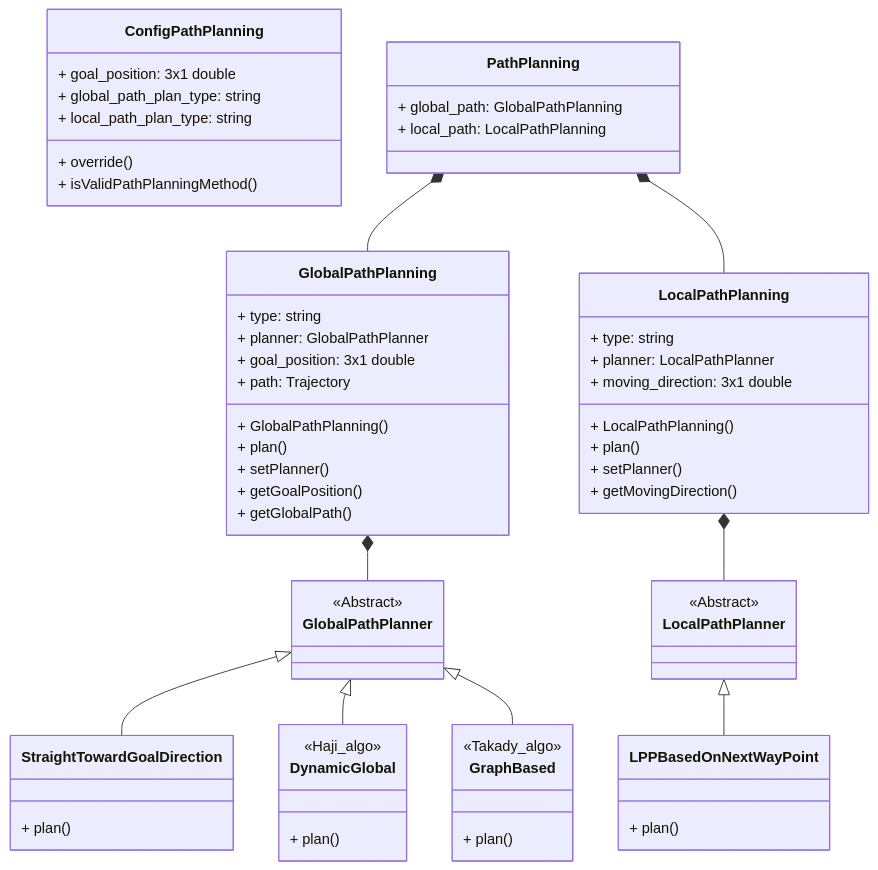
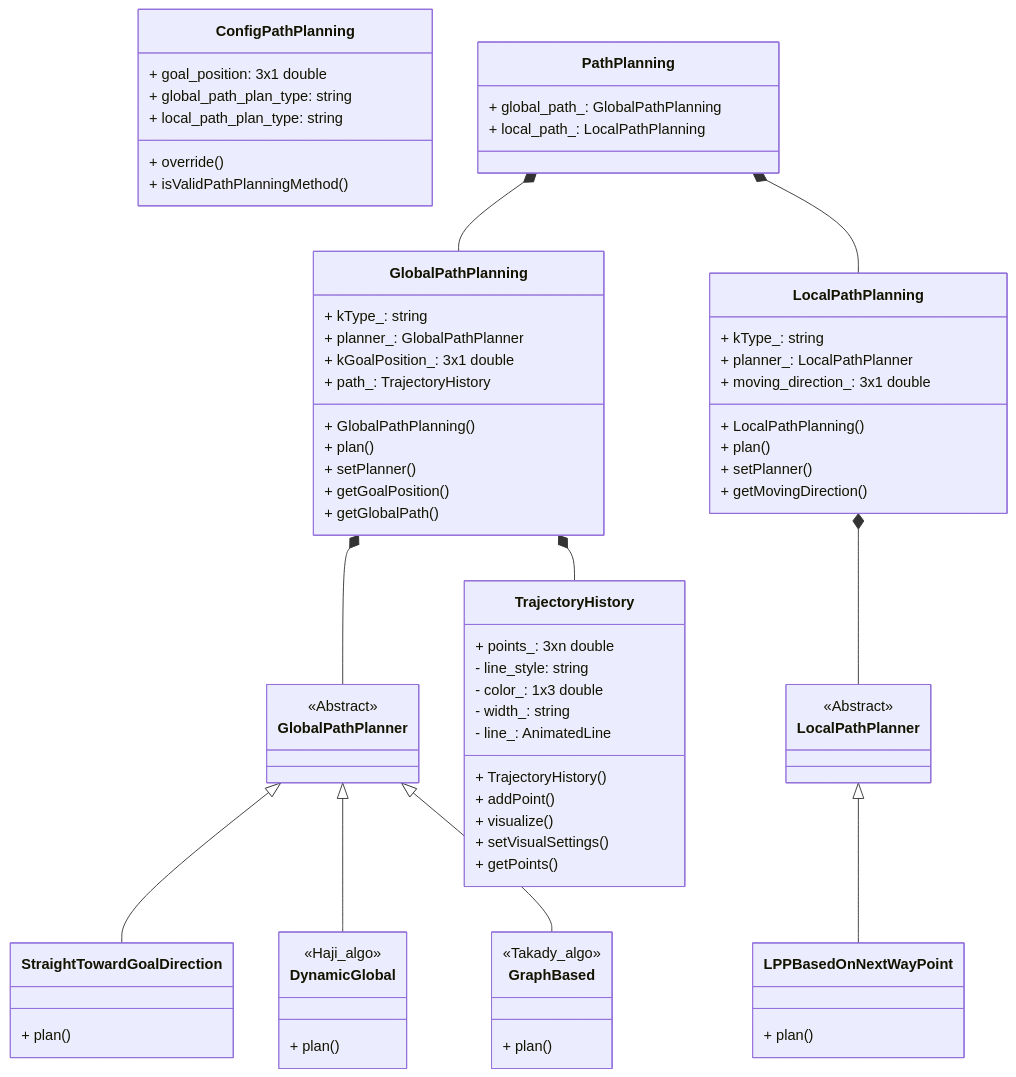
The diagram in src/planning_and_control/high_level_controller/path_planning/path_planning_class_design.md (Space-Robotics-Laboratory/ClimbLab), drawn with Mermaid before and after one commit. The commit also changed 5 other files, not shown here.

Commit message:
Update path planning class

```diff
--- a/src/planning_and_control/high_level_controller/path_planning/path_planning_class_design.md
+++ b/src/planning_and_control/high_level_controller/path_planning/path_planning_class_design.md
@@ -13,17 +13,17 @@
   }
 
   class PathPlanning {
-    + global_path: GlobalPathPlanning
-    + local_path: LocalPathPlanning
+    + global_path_: GlobalPathPlanning
+    + local_path_: LocalPathPlanning
   }
   PathPlanning *-- GlobalPathPlanning
   PathPlanning *--  LocalPathPlanning
 
   class GlobalPathPlanning {
-    + type: string
-    + planner: GlobalPathPlanner
-    + goal_position: 3x1 double
-    + path: Trajectory
+    + kType_: string
+    + planner_: GlobalPathPlanner
+    + kGoalPosition_: 3x1 double
+    + path_: TrajectoryHistory
 
     + GlobalPathPlanning()
     + plan()
@@ -32,6 +32,7 @@
     + getGlobalPath()
   }
   GlobalPathPlanning *-- GlobalPathPlanner
+  GlobalPathPlanning *-- TrajectoryHistory
 
   class GlobalPathPlanner {
     <<Abstract>>
@@ -54,10 +55,24 @@
     + plan()
   }
 
+  class TrajectoryHistory {
+    + points_: 3xn double
+    - line_style: string
+    - color_: 1x3 double
+    - width_: string
+    - line_: AnimatedLine
+
+    + TrajectoryHistory()
+    + addPoint()
+    + visualize()
+    + setVisualSettings()
+    + getPoints()
+  }
+
   class LocalPathPlanning {
-    + type: string
-    + planner: LocalPathPlanner
-    + moving_direction: 3x1 double
+    + kType_: string
+    + planner_: LocalPathPlanner
+    + moving_direction_: 3x1 double
 
     + LocalPathPlanning()
     + plan()
```
